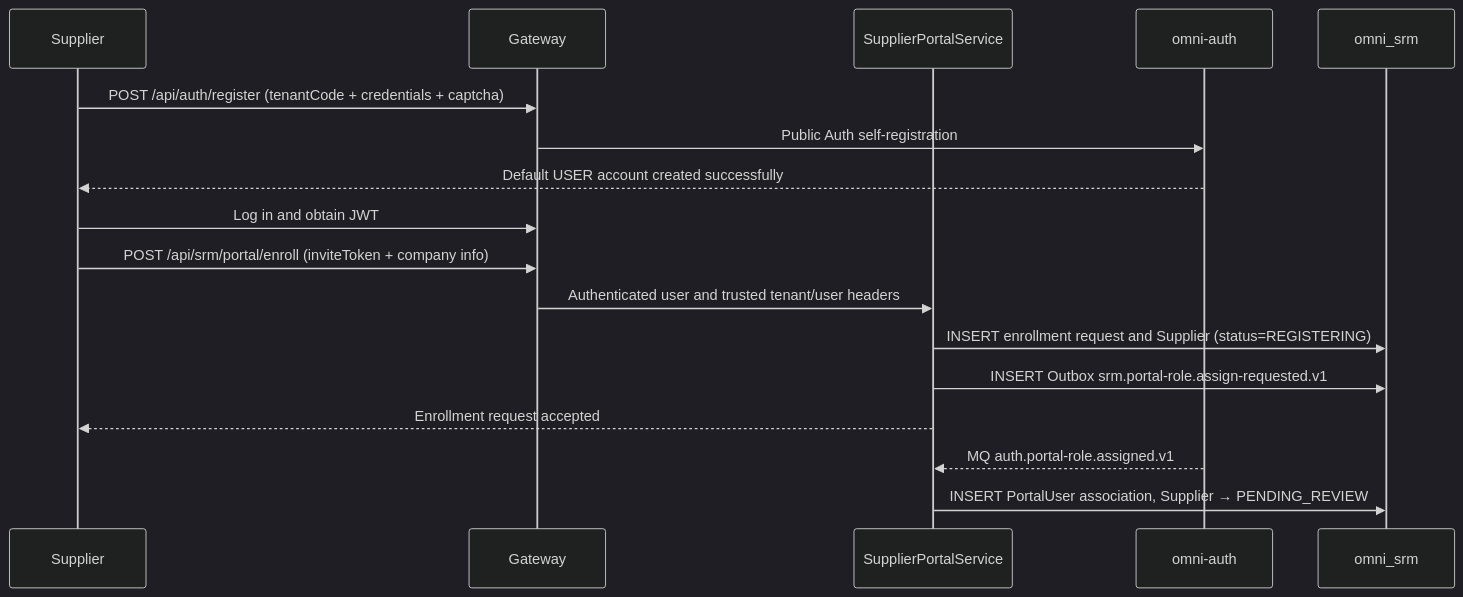
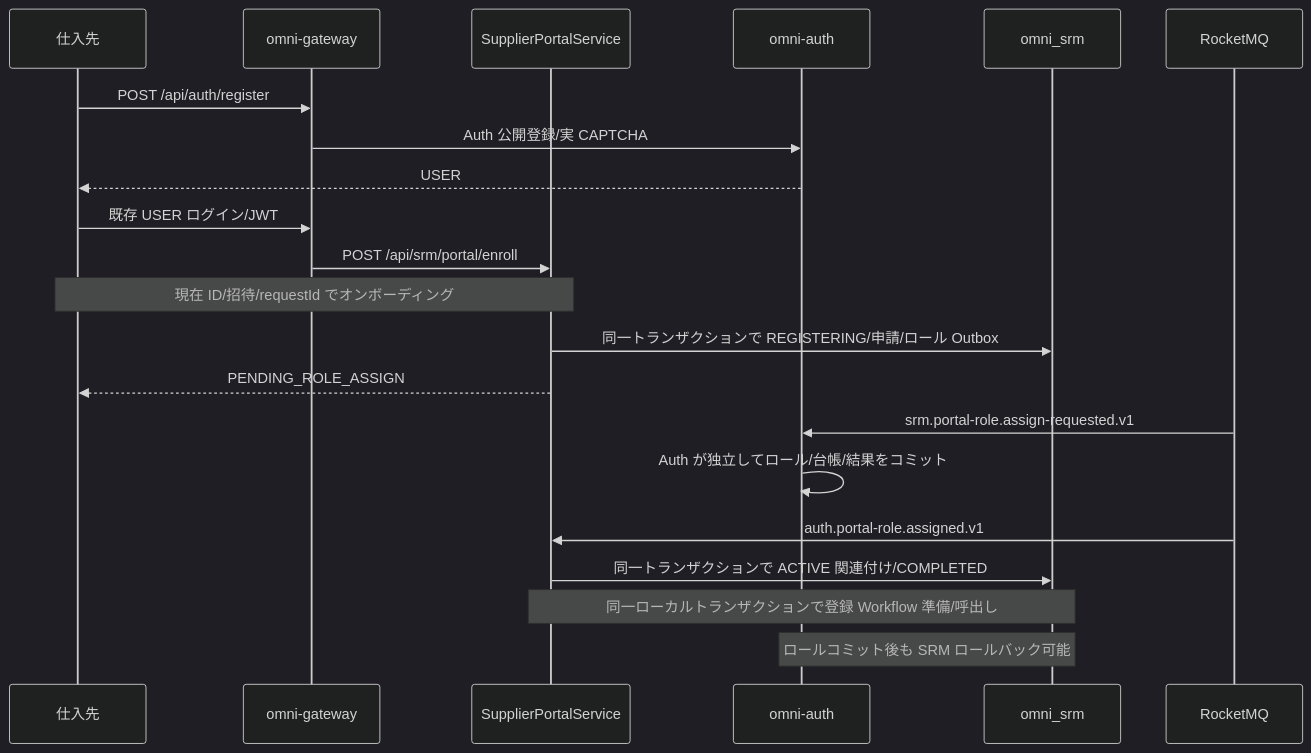
The fifth of 5 diagrams in docs/design/srm-design.jp.md (wang-baohai/Omni-Stack), drawn with Mermaid (dark theme) before and after one commit. The commit also changed other lines of this file and 1095 other files, not shown here.

````diff
--- a/docs/design/srm-design.jp.md
+++ b/docs/design/srm-design.jp.md
@@ -324,20 +318,23 @@
 ```mermaid
 sequenceDiagram
-    participant SUP as Supplier
-    participant GW as Gateway
+    participant SUP as 仕入先
+    participant GW as omni-gateway
     participant S as SupplierPortalService
     participant AUTH as omni-auth
     participant DB as omni_srm
-
-    SUP->>GW: POST /api/auth/register (tenantCode + credentials + captcha)
-    GW->>AUTH: Public Auth self-registration
-    AUTH-->>SUP: Default USER account created successfully
-    SUP->>GW: Log in and obtain JWT
-    SUP->>GW: POST /api/srm/portal/enroll (inviteToken + company info)
-    GW->>S: Authenticated user and trusted tenant/user headers
-    S->>DB: INSERT enrollment request and Supplier (status=REGISTERING)
-    S->>DB: INSERT Outbox srm.portal-role.assign-requested.v1
-    S-->>SUP: Enrollment request accepted
-    AUTH-->>S: MQ auth.portal-role.assigned.v1
-    S->>DB: INSERT PortalUser association, Supplier → PENDING_REVIEW
+    participant MQ as RocketMQ
+    SUP->>GW: POST /api/auth/register
+    GW->>AUTH: Auth 公開登録/実 CAPTCHA
+    AUTH-->>SUP: USER
+    SUP->>GW: 既存 USER ログイン/JWT
+    GW->>S: POST /api/srm/portal/enroll
+    Note over SUP,S: 現在 ID/招待/requestId でオンボーディング
+    S->>DB: 同一トランザクションで REGISTERING/申請/ロール Outbox
+    S-->>SUP: PENDING_ROLE_ASSIGN
+    MQ->>AUTH: srm.portal-role.assign-requested.v1
+    AUTH->>AUTH: Auth が独立してロール/台帳/結果をコミット
+    MQ->>S: auth.portal-role.assigned.v1
+    S->>DB: 同一トランザクションで ACTIVE 関連付け/COMPLETED
+    Note over S,DB: 同一ローカルトランザクションで登録 Workflow 準備/呼出し
+    Note over AUTH,DB: ロールコミット後も SRM ロールバック可能
 ```
````
